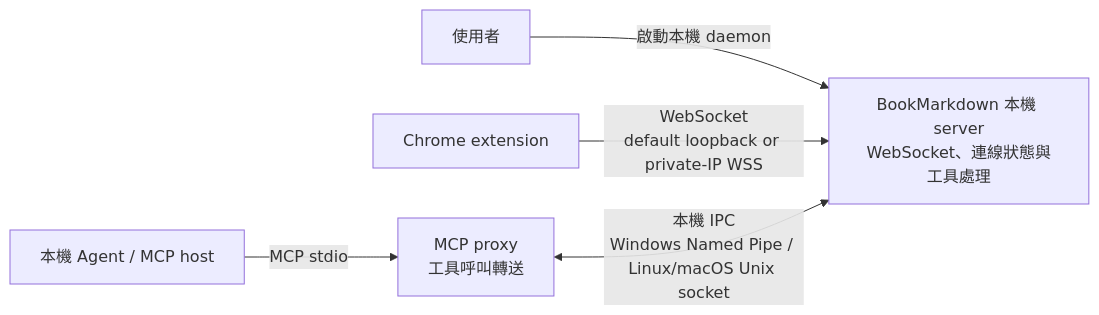
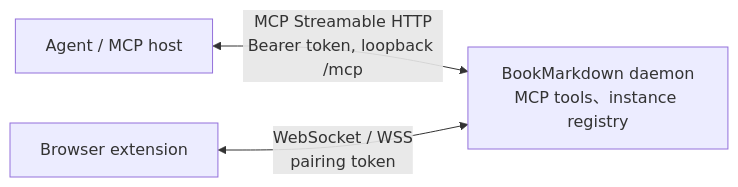
Before and after one commit to bookmarkdown/mcp-server: the diagram in docs/architecture.md, drawn with Mermaid. The commit also changed other lines of this file and 31 other files, not shown here.

First line of the commit message:
feat: switch MCP transport to Streamable HTTP and remove stdio proxy

````diff
--- a/docs/architecture.md
+++ b/docs/architecture.md
@@ -14,7 +10,5 @@
 ```mermaid
 flowchart LR
-    U["使用者"] -->|"啟動本機 daemon"| D["BookMarkdown 本機 server<br/>WebSocket、連線狀態與工具處理"]
-    C["Chrome extension"] -->|"WebSocket<br/>default loopback or private-IP WSS"| D
-    A["本機 Agent / MCP host"] -->|"MCP stdio"| P["MCP proxy<br/>工具呼叫轉送"]
-    P <-->|"本機 IPC<br/>Windows Named Pipe / Linux/macOS Unix socket"| D
+    A["Agent / MCP host"] <-->|"MCP Streamable HTTP<br/>Bearer token, loopback /mcp"| D["BookMarkdown daemon<br/>MCP tools、instance registry"]
+    C["Browser extension"] <-->|"WebSocket / WSS<br/>pairing token"| D
 ```
````
